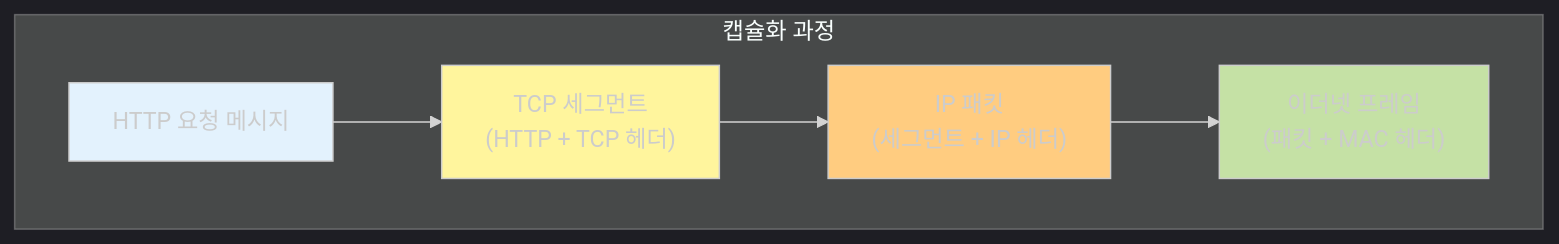
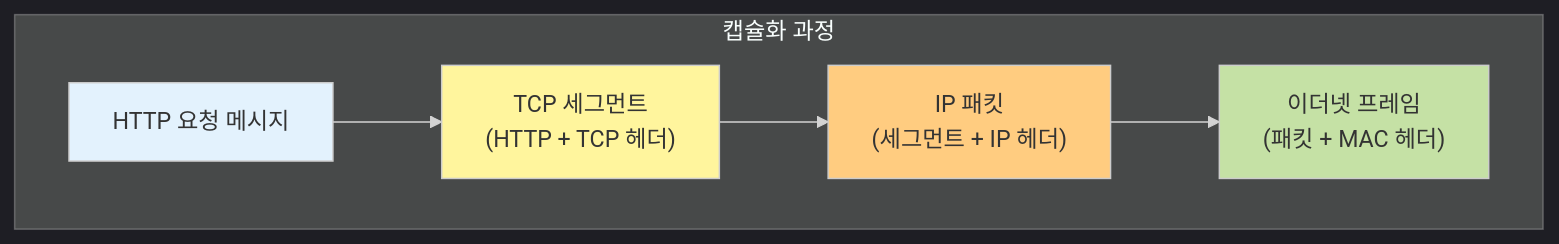
Before and after one commit to Cllaude99/cllaude99_labs: the eighth of 9 diagrams in apps/devblog/content/posts/input.mdx, drawn with Mermaid. The commit also changed other lines of this file, not shown here.

````diff
--- a/apps/devblog/content/posts/input.mdx
+++ b/apps/devblog/content/posts/input.mdx
@@ -239,19 +239,19 @@
 ```mermaid
 %%{init: {'theme':'dark'}}%%
 graph TB
     subgraph Encapsulation["캡슐화 과정"]
         HTTP["HTTP 요청 메시지"]
         TCP["TCP 세그먼트<br/>(HTTP + TCP 헤더)"]
         IP["IP 패킷<br/>(세그먼트 + IP 헤더)"]
         Frame["이더넷 프레임<br/>(패킷 + MAC 헤더)"]
     end
 
     HTTP --> TCP
     TCP --> IP
     IP --> Frame
 
-    style HTTP fill:#e3f2fd
-    style TCP fill:#fff59d
-    style IP fill:#ffcc80
-    style Frame fill:#c5e1a5
+    style HTTP fill:#e3f2fd,color:#333
+    style TCP fill:#fff59d,color:#333
+    style IP fill:#ffcc80,color:#333
+    style Frame fill:#c5e1a5,color:#333
 ```
````
